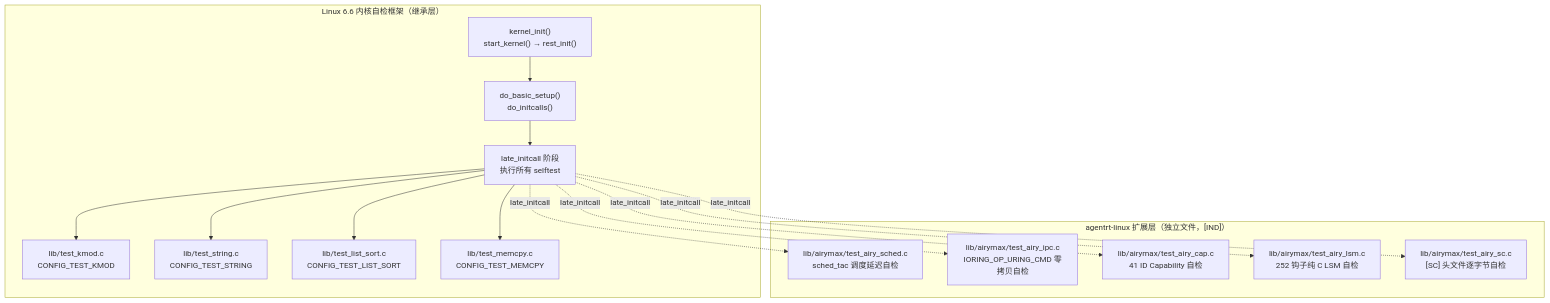
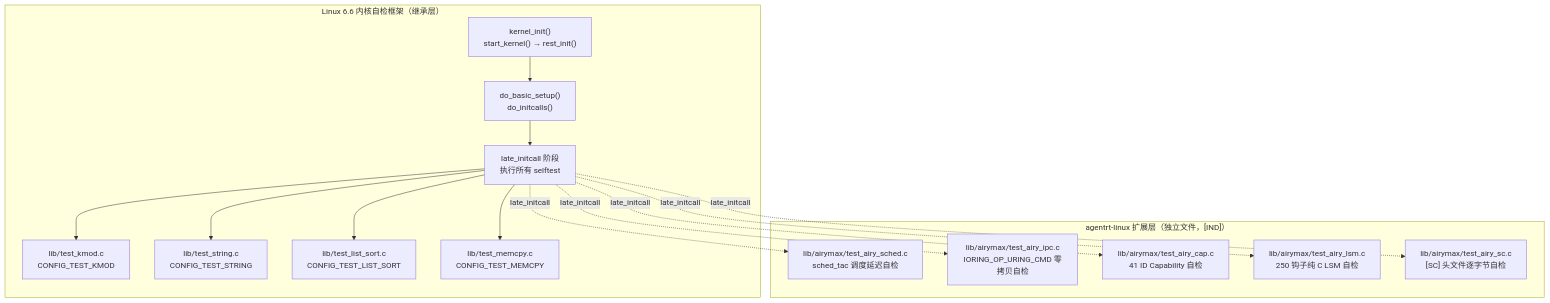
The diagram in AirymaxOS/80-testing/03-kernel-selftests.md (openairymax/docs), drawn with Mermaid before and after one commit. The commit also changed other lines of this file and 184 other files, not shown here.

````diff
--- a/AirymaxOS/80-testing/03-kernel-selftests.md
+++ b/AirymaxOS/80-testing/03-kernel-selftests.md
@@ -44,29 +44,29 @@
 ```mermaid
 flowchart TB
     subgraph "Linux 6.6 内核自检框架（继承层）"
         A["kernel_init()<br/>start_kernel() → rest_init()"]
         B["do_basic_setup()<br/>do_initcalls()"]
         C["late_initcall 阶段<br/>执行所有 selftest"]
         D["lib/test_kmod.c<br/>CONFIG_TEST_KMOD"]
         E["lib/test_string.c<br/>CONFIG_TEST_STRING"]
         F["lib/test_list_sort.c<br/>CONFIG_TEST_LIST_SORT"]
         G["lib/test_memcpy.c<br/>CONFIG_TEST_MEMCPY"]
     end
     A --> B --> C
     C --> D
     C --> E
     C --> F
     C --> G
     subgraph "agentrt-linux 扩展层（独立文件，[IND]）"
         H["lib/airymax/test_airy_sched.c<br/>sched_tac 调度延迟自检"]
         I["lib/airymax/test_airy_ipc.c<br/>IORING_OP_URING_CMD 零拷贝自检"]
         J["lib/airymax/test_airy_cap.c<br/>41 ID Capability 自检"]
-        K["lib/airymax/test_airy_lsm.c<br/>252 钩子纯 C LSM 自检"]
+        K["lib/airymax/test_airy_lsm.c<br/>250 钩子纯 C LSM 自检"]
         L["lib/airymax/test_airy_sc.c<br/>[SC] 头文件逐字节自检"]
     end
     C -.->|late_initcall| H
     C -.->|late_initcall| I
     C -.->|late_initcall| J
     C -.->|late_initcall| K
     C -.->|late_initcall| L
 ```
````
